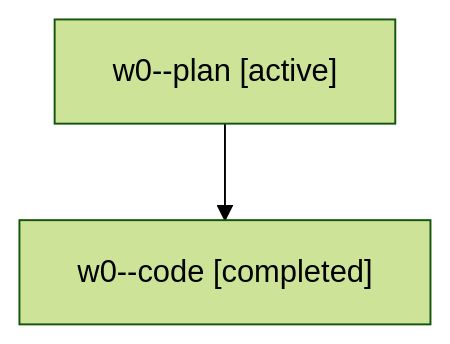
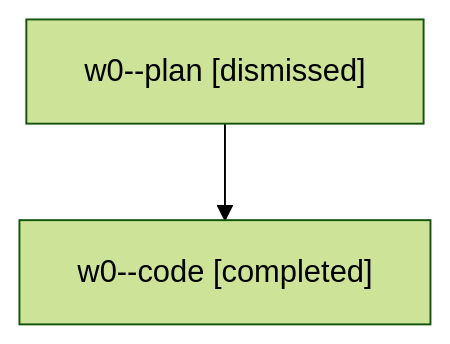
Before and after one commit to sase-org/sase--agents: the diagram in sessions/bbugyi200.athena.w0.md, drawn with Mermaid (forest theme). The commit also changed other lines of this file and 18 other files, not shown here.

````diff
--- a/sessions/bbugyi200.athena.w0.md
+++ b/sessions/bbugyi200.athena.w0.md
@@ -9,6 +9,6 @@
 ```mermaid
 flowchart TD
-  n0["w0--plan [active]"]
+  n0["w0--plan [dismissed]"]
   n1["w0--code [completed]"]
   n0 --> n1
 ```
````
